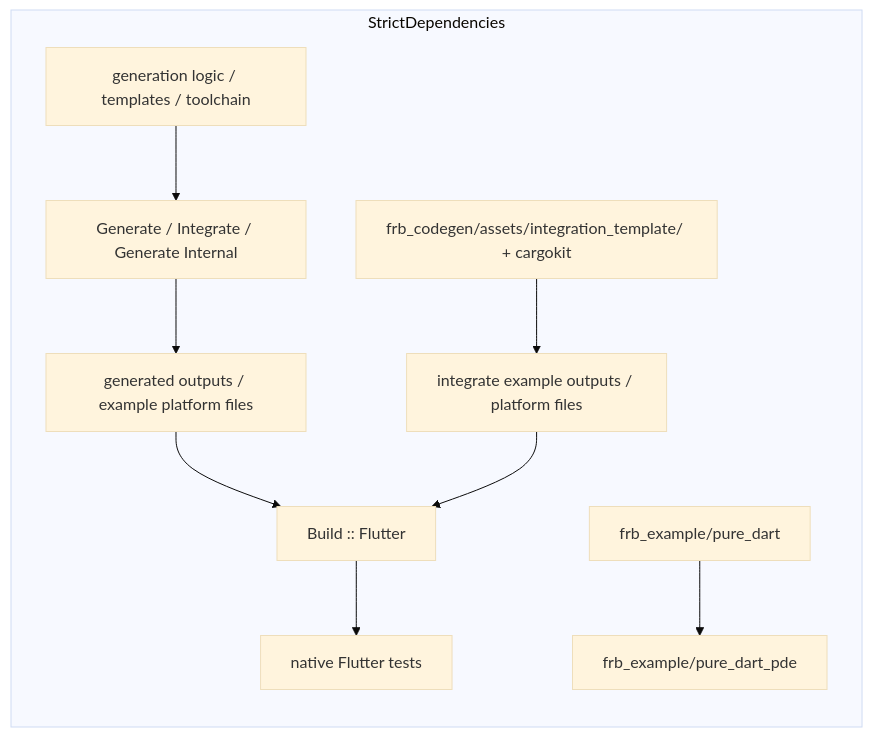
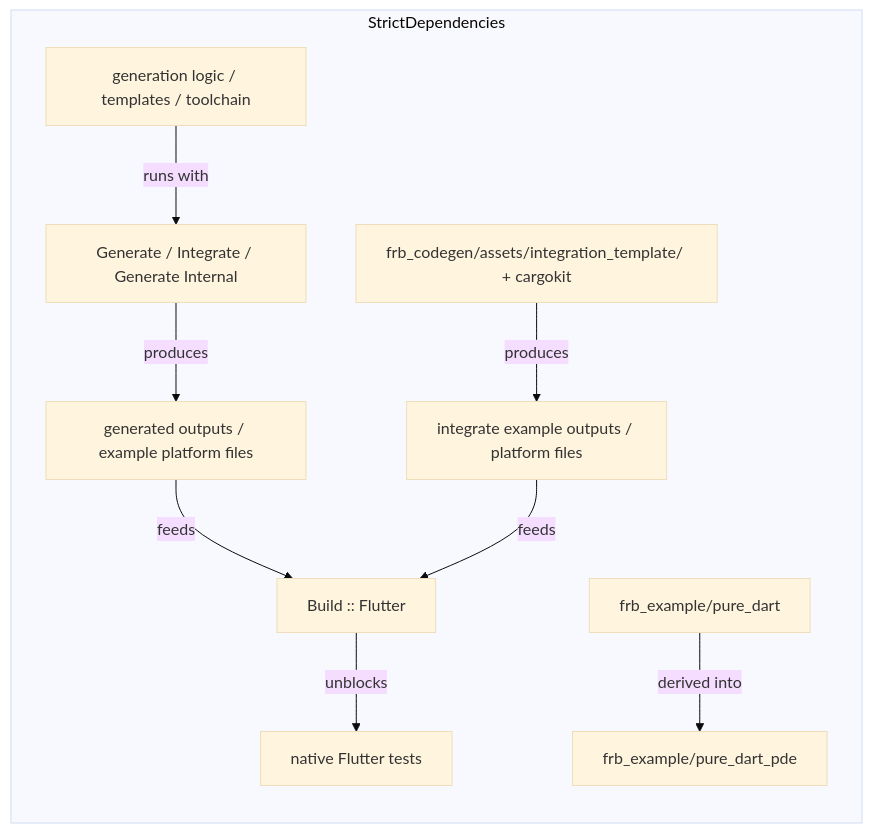
One commit to fzyzcjy/flutter_rust_bridge changed the diagram in .claude/skills/frb-fix-ci/SKILL.md. Above: the diagram before and after it, drawn with Mermaid (base theme).

Commit message:
Label FRB CI dependency graph edges

````diff
--- a/.claude/skills/frb-fix-ci/SKILL.md
+++ b/.claude/skills/frb-fix-ci/SKILL.md
@@ -43,22 +43,22 @@
 ```mermaid
 flowchart LR
     subgraph StrictDependencies
         Tooling["generation logic / templates / toolchain"]
         Generate["Generate / Integrate / Generate Internal"]
         Outputs["generated outputs / example platform files"]
         Template["frb_codegen/assets/integration_template/ + cargokit"]
         ExampleOutputs["integrate example outputs / platform files"]
         Build["Build :: Flutter"]
         NativeTests["native Flutter tests"]
         PureDart["frb_example/pure_dart"]
         PureDartPde["frb_example/pure_dart_pde"]
 
-        Tooling --> Generate
-        Generate --> Outputs
-        Template --> ExampleOutputs
-        Outputs --> Build
-        ExampleOutputs --> Build
-        Build --> NativeTests
-        PureDart --> PureDartPde
+        Tooling -->|runs with| Generate
+        Generate -->|produces| Outputs
+        Template -->|produces| ExampleOutputs
+        Outputs -->|feeds| Build
+        ExampleOutputs -->|feeds| Build
+        Build -->|unblocks| NativeTests
+        PureDart -->|derived into| PureDartPde
     end
 ```
````
